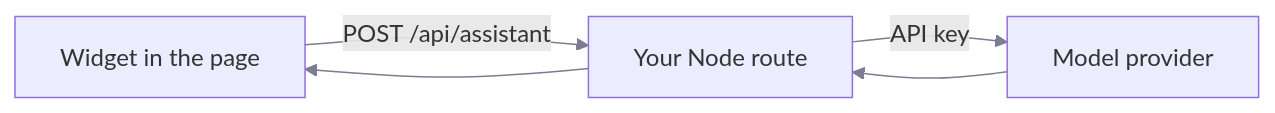
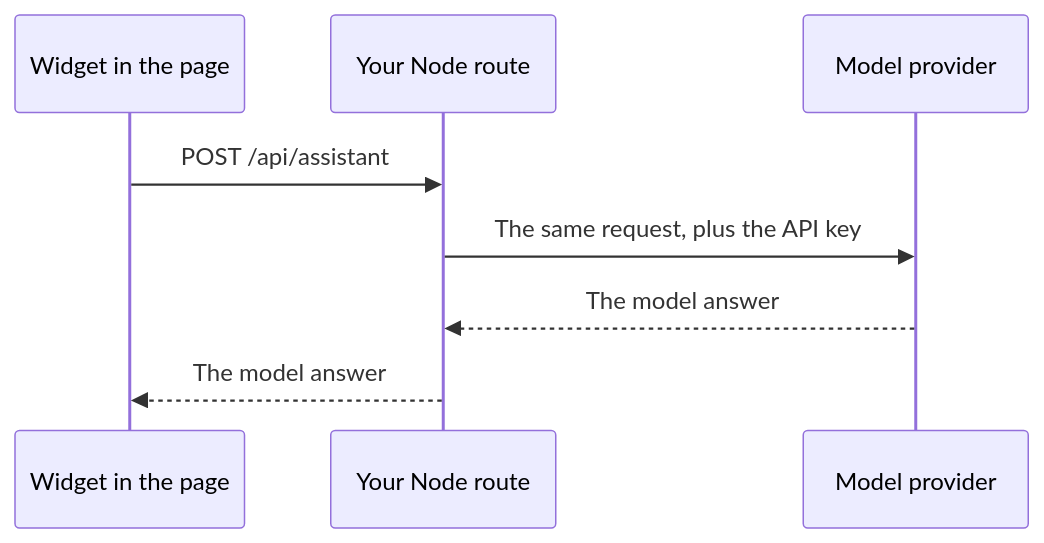
Before and after one commit to hamedniroomand/action-wire: the diagram in docs/guide/model-endpoint.md, drawn with Mermaid. The commit also changed other lines of this file and 17 other files, not shown here.

````diff
--- a/docs/guide/model-endpoint.md
+++ b/docs/guide/model-endpoint.md
@@ -8,8 +8,11 @@
 ```mermaid
 %%{init: {'themeVariables': {'lineColor': '#7c7c93'}}}%%
-flowchart LR
-  widget[Widget in the page] -->|POST /api/assistant| server[Your Node route]
-  server -->|API key| provider[Model provider]
-  provider --> server
-  server --> widget
+sequenceDiagram
+  participant W as Widget in the page
+  participant S as Your Node route
+  participant P as Model provider
+  W->>S: POST /api/assistant
+  S->>P: The same request, plus the API key
+  P-->>S: The model answer
+  S-->>W: The model answer
 ```
````
